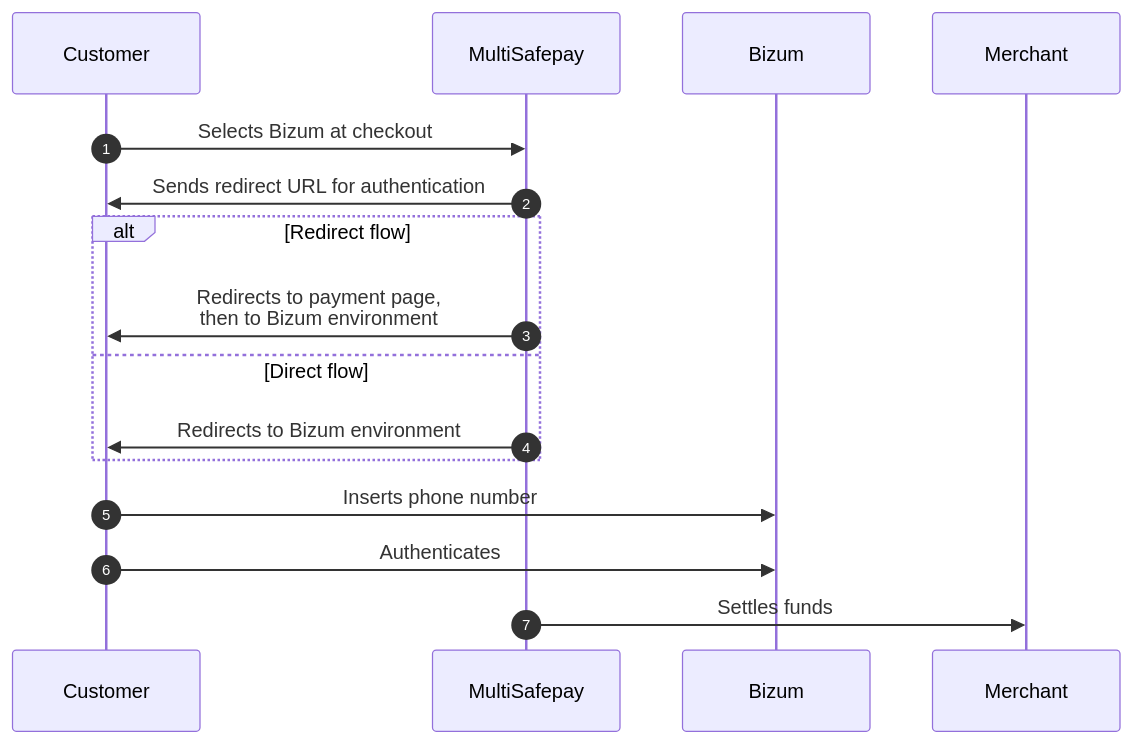
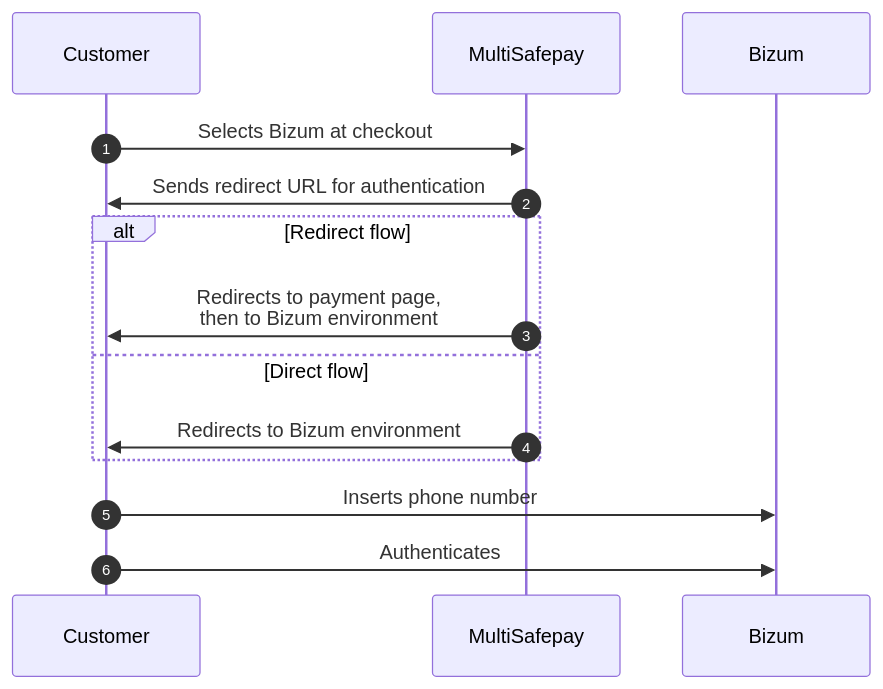
The diagram in static/diagrams/src/bizum-payment-flow.mmd (MultiSafepay/docs), drawn with Mermaid before and after one commit. The commit also changed 1 other file, not shown here.

Commit message:
DOCS-4390: Add Bizum mermaid diagram svg/mmd. Changed SVG.

```diff
--- a/static/diagrams/src/bizum-payment-flow.mmd
+++ b/static/diagrams/src/bizum-payment-flow.mmd
@@ -1,17 +1,15 @@
 sequenceDiagram
     autonumber
     participant C as Customer
     participant Mu as MultiSafepay
     participant Bi as Bizum
-    participant Me as Merchant
-    
+
     C->>Mu: Selects Bizum at checkout
     Mu->>C: Sends redirect URL for authentication
     alt Redirect flow
     Mu->>C: Redirects to payment page, <br> then to Bizum environment
     else Direct flow
     Mu->>C: Redirects to Bizum environment
     end
     C->>Bi: Inserts phone number
     C->>Bi: Authenticates
-    Mu->>Me: Settles funds
```
